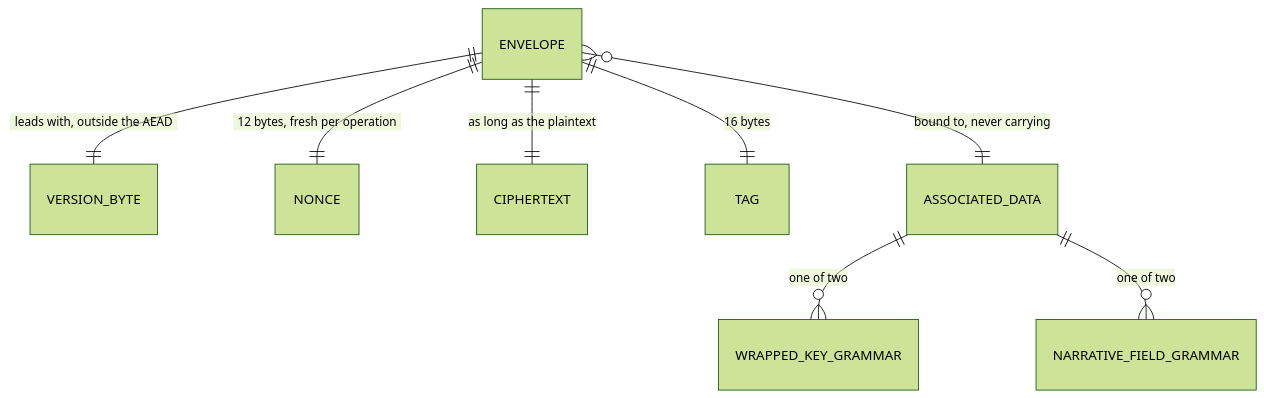
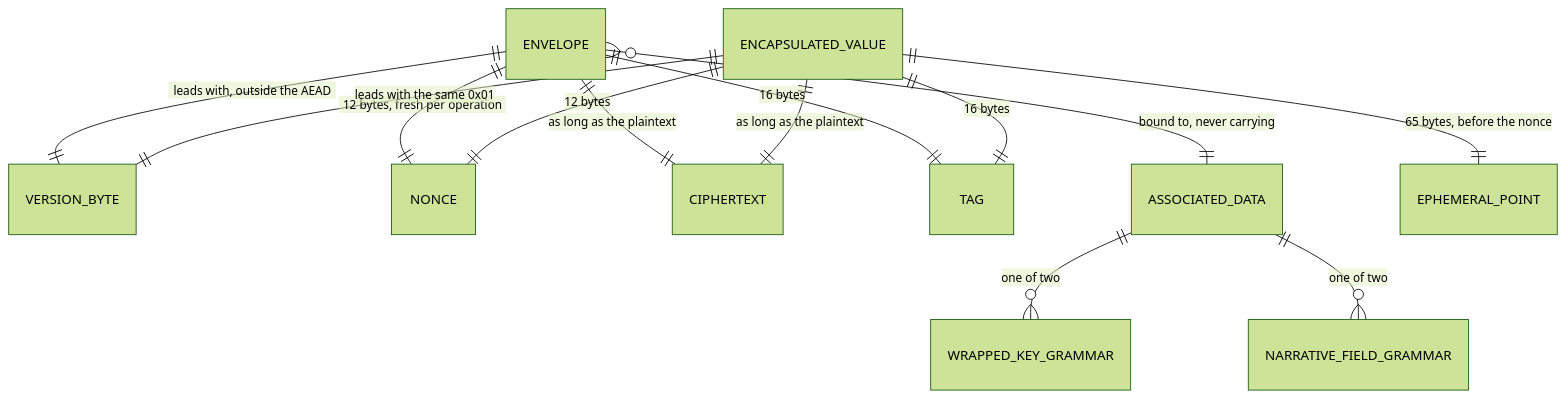
Before and after one commit to anton-kochev/budgetoid: the diagram in docs/business-logic/ciphertext-envelope.md, drawn with Mermaid (forest theme). The commit also changed other lines of this file and 8 other files, not shown here.

````diff
--- a/docs/business-logic/ciphertext-envelope.md
+++ b/docs/business-logic/ciphertext-envelope.md
@@ -202,10 +250,15 @@
 ```mermaid
 erDiagram
     ENVELOPE ||--|| VERSION_BYTE : "leads with, outside the AEAD"
     ENVELOPE ||--|| NONCE : "12 bytes, fresh per operation"
     ENVELOPE ||--|| CIPHERTEXT : "as long as the plaintext"
     ENVELOPE ||--|| TAG : "16 bytes"
     ENVELOPE }o--|| ASSOCIATED_DATA : "bound to, never carrying"
     ASSOCIATED_DATA ||--o{ WRAPPED_KEY_GRAMMAR : "one of two"
     ASSOCIATED_DATA ||--o{ NARRATIVE_FIELD_GRAMMAR : "one of two"
+    ENCAPSULATED_VALUE ||--|| VERSION_BYTE : "leads with the same 0x01"
+    ENCAPSULATED_VALUE ||--|| EPHEMERAL_POINT : "65 bytes, before the nonce"
+    ENCAPSULATED_VALUE ||--|| NONCE : "12 bytes"
+    ENCAPSULATED_VALUE ||--|| CIPHERTEXT : "as long as the plaintext"
+    ENCAPSULATED_VALUE ||--|| TAG : "16 bytes"
 ```
````
